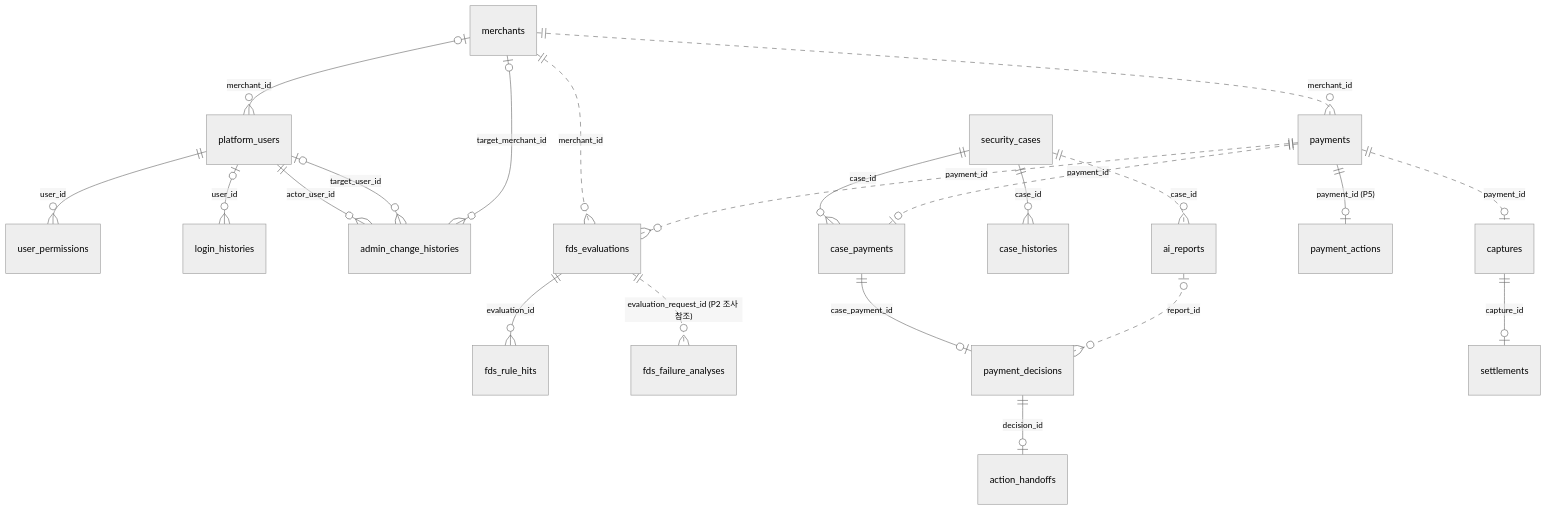
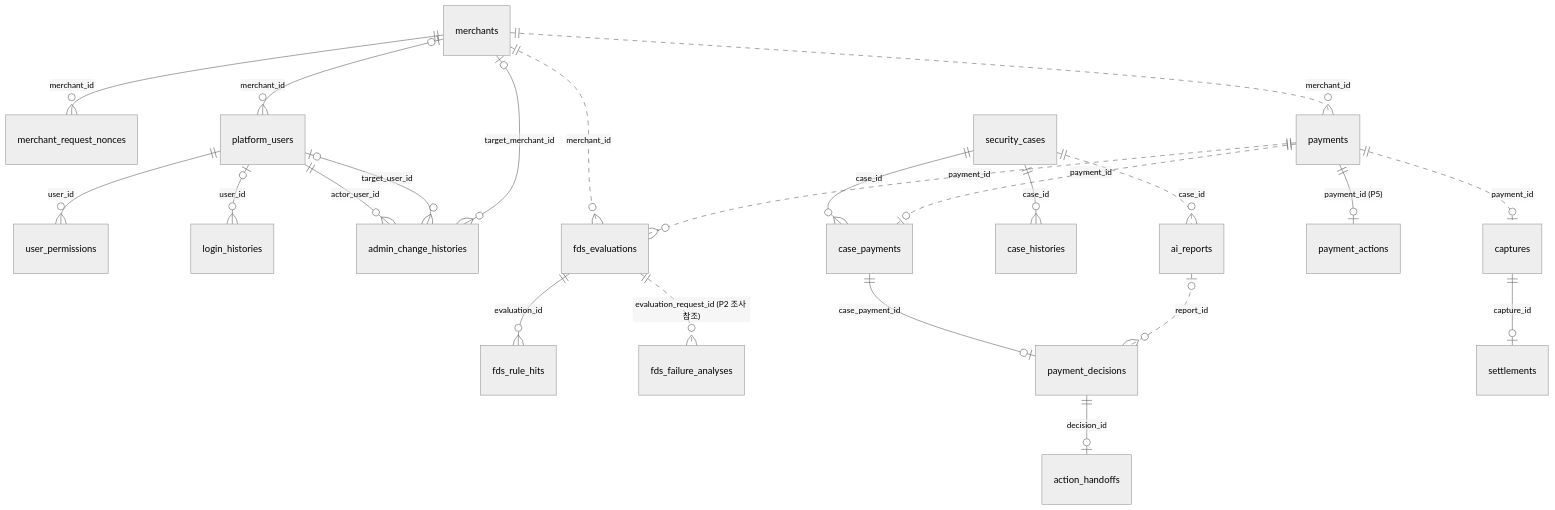
The diagram in docs/erd/README.md (team-sweethan/DonWorry), drawn with Mermaid (neutral theme) before and after one commit. The commit also changed other lines of this file and 32 other files, not shown here.

````diff
--- a/docs/erd/README.md
+++ b/docs/erd/README.md
@@ -67,28 +68,29 @@
 ```mermaid
 erDiagram
+    merchants ||--o{ merchant_request_nonces : "merchant_id"
     merchants |o--o{ platform_users : "merchant_id"
     platform_users ||--o{ user_permissions : "user_id"
     platform_users |o--o{ login_histories : "user_id"
     platform_users ||--o{ admin_change_histories : "actor_user_id"
     platform_users |o--o{ admin_change_histories : "target_user_id"
     merchants |o--o{ admin_change_histories : "target_merchant_id"
 
     fds_evaluations ||--o{ fds_rule_hits : "evaluation_id"
     fds_evaluations ||..o{ fds_failure_analyses : "evaluation_request_id (P2 조사 참조)"
 
     security_cases ||--o{ case_payments : "case_id"
     case_payments ||--o| payment_decisions : "case_payment_id"
     payment_decisions ||--o| action_handoffs : "decision_id"
     security_cases ||--o{ case_histories : "case_id"
 
     captures ||--o| settlements : "capture_id"
 
     merchants ||..o{ payments : "merchant_id"
     payments ||--o| payment_actions : "payment_id (P5)"
     merchants ||..o{ fds_evaluations : "merchant_id"
     payments ||..o{ fds_evaluations : "payment_id"
     payments ||..o| case_payments : "payment_id"
     security_cases ||..o{ ai_reports : "case_id"
     ai_reports |o..o{ payment_decisions : "report_id"
     payments ||..o| captures : "payment_id"
 ```
````
